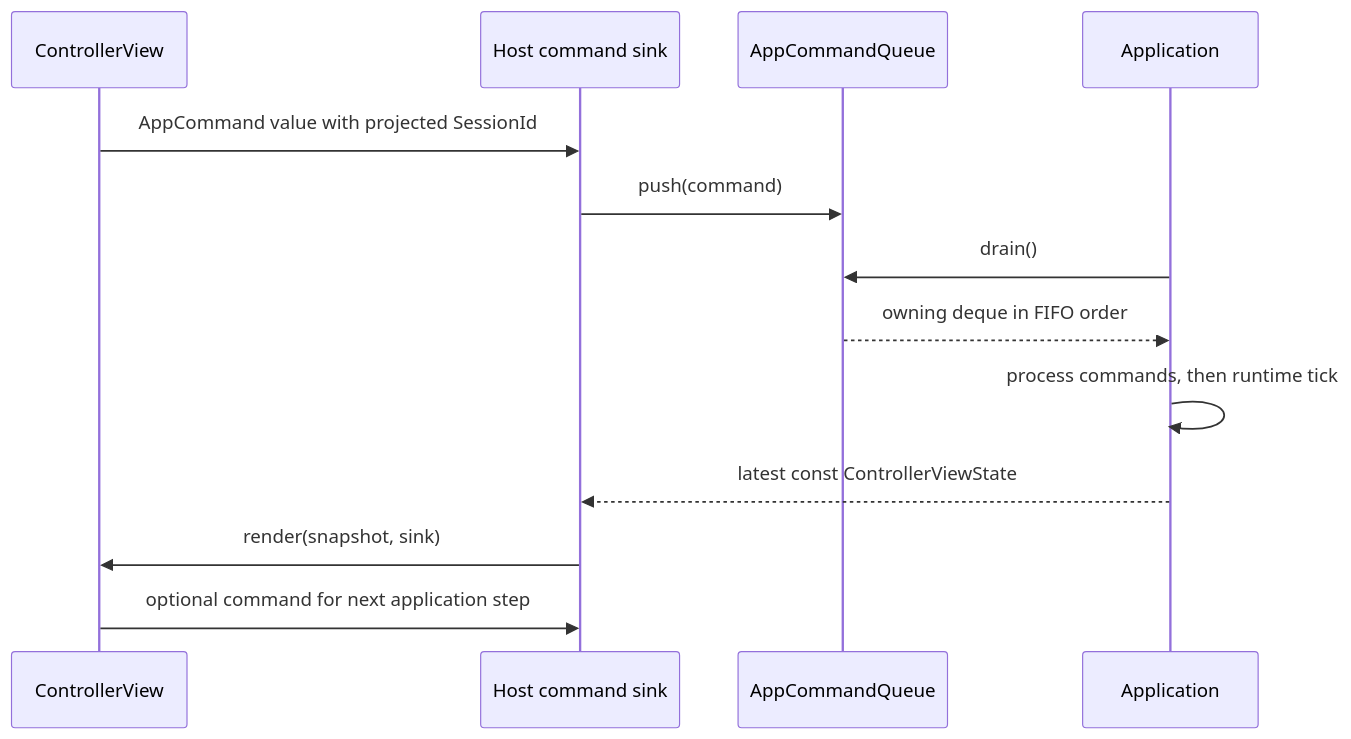
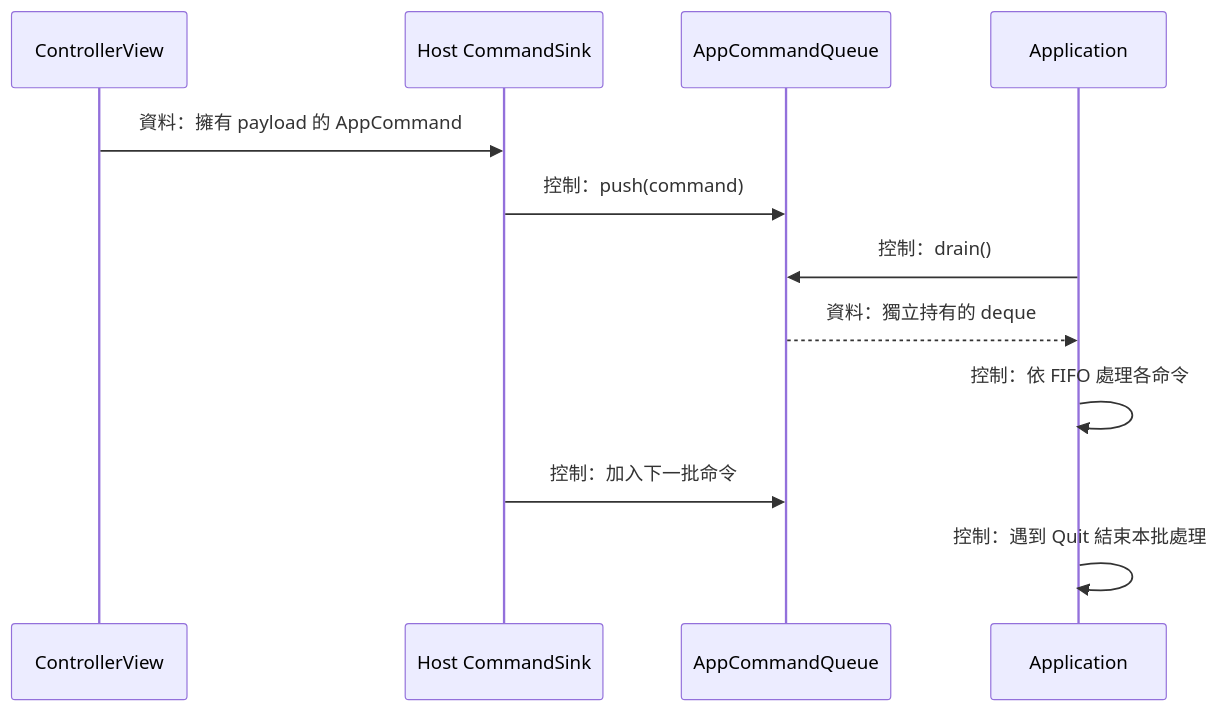
The second of 12 diagrams in docs/architecture/application-ui.md (Mes0903/avb0795), drawn with Mermaid before and after one commit. The commit also changed other lines of this file and 156 other files, not shown here.

````diff
--- a/docs/architecture/application-ui.md
+++ b/docs/architecture/application-ui.md
@@ -11,15 +26,14 @@
 ```mermaid
 sequenceDiagram
     participant V as ControllerView
-    participant H as Host command sink
+    participant H as Host CommandSink
     participant Q as AppCommandQueue
     participant A as Application
-    V->>H: AppCommand value with projected SessionId
-    H->>Q: push(command)
-    A->>Q: drain()
-    Q-->>A: owning deque in FIFO order
-    A->>A: process commands, then runtime tick
-    A-->>H: latest const ControllerViewState
-    H->>V: render(snapshot, sink)
-    V->>H: optional command for next application step
+    V->>H: 資料：擁有 payload 的 AppCommand
+    H->>Q: 控制：push(command)
+    A->>Q: 控制：drain()
+    Q-->>A: 資料：獨立持有的 deque
+    A->>A: 控制：依 FIFO 處理各命令
+    H->>Q: 控制：加入下一批命令
+    A->>A: 控制：遇到 Quit 結束本批處理
 ```
````
